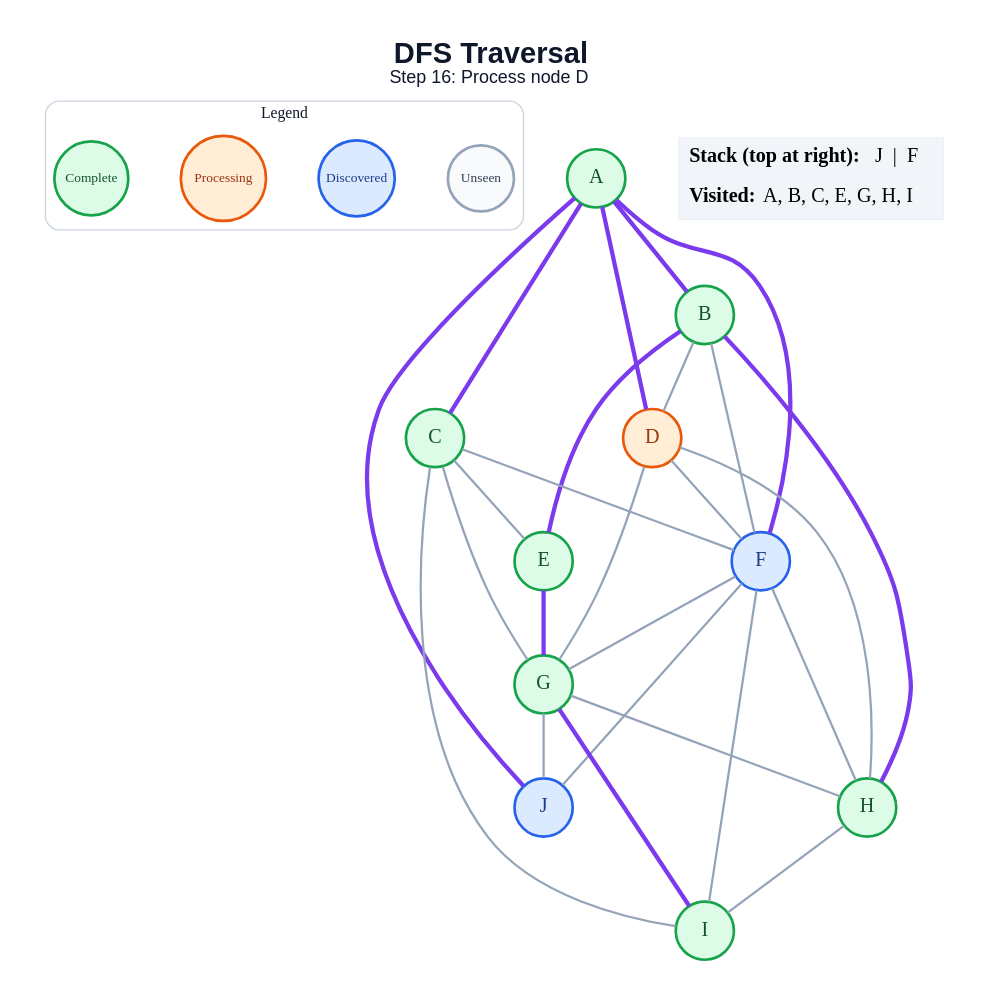
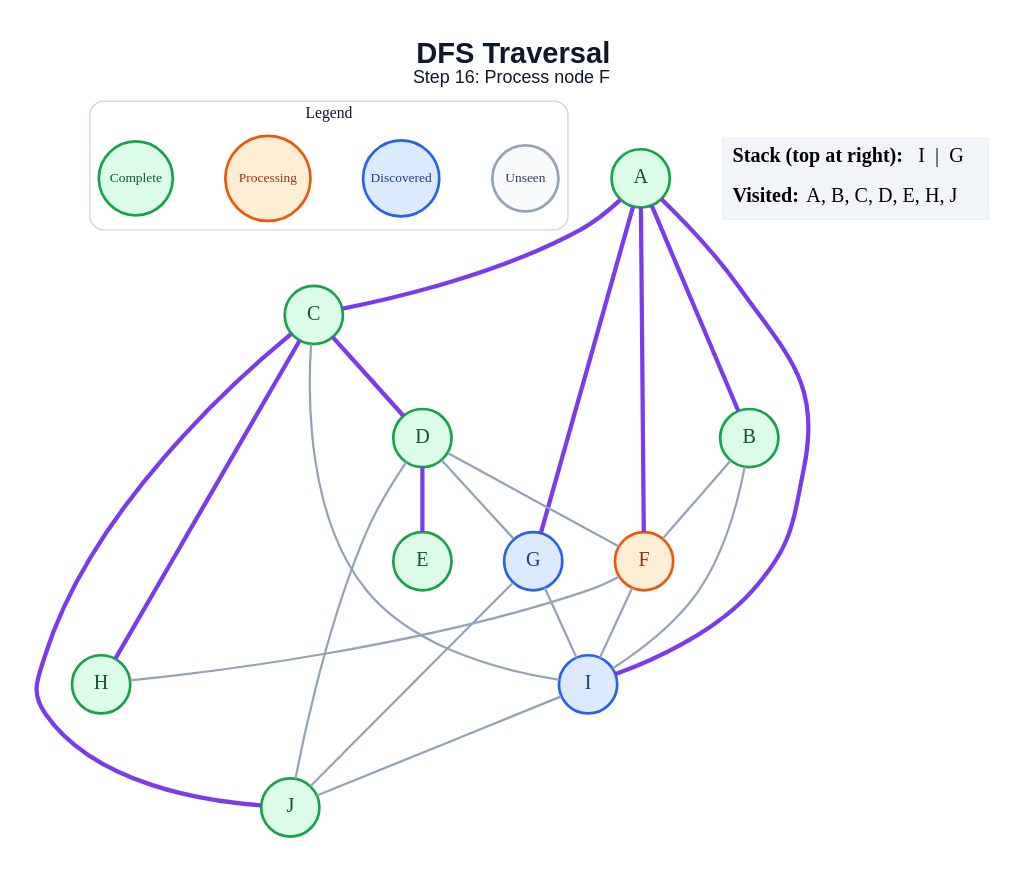
The diagram in generated/dfs/step_16.dot (amanghodawala9/ai-slop), drawn with Graphviz before and after one commit. The commit also changed 178 other files, not shown here.

```diff
--- a/generated/dfs/step_16.dot
+++ b/generated/dfs/step_16.dot
@@ -1,54 +1,49 @@
 graph traversal {
   graph [layout=dot, rankdir=TB, bgcolor="#FFFFFF", pad="0.35", nodesep="0.65", ranksep="0.8", fontname="Arial"];
   node [shape=circle, style="filled", fontname="Arial Bold", fontsize=18, width=0.72, fixedsize=true, penwidth=2.4];
   edge [color="#94A3B8", penwidth=2.0];
-  label=<<B>DFS Traversal</B><BR/><FONT POINT-SIZE="16">Step 16: Process node D</FONT>>; labelloc="t"; fontsize=26; fontname="Arial"; fontcolor="#0F172A";
+  label=<<B>DFS Traversal</B><BR/><FONT POINT-SIZE="16">Step 16: Process node F</FONT>>; labelloc="t"; fontsize=26; fontname="Arial"; fontcolor="#0F172A";
   subgraph cluster_legend { label="Legend"; color="#CBD5E1"; penwidth=1.2; style="rounded"; fontsize=14; fontname="Arial Bold";
     key_unseen [label="Unseen", fillcolor="#F8FAFC", color="#94A3B8", fontcolor="#334155", fontsize=12, width=0.82];
     key_frontier [label="Discovered", fillcolor="#DBEAFE", color="#2563EB", fontcolor="#1E3A8A", fontsize=12, width=0.95];
     key_current [label="Processing", fillcolor="#FFEDD5", color="#EA580C", fontcolor="#9A3412", fontsize=12, width=1.05];
     key_done [label="Complete", fillcolor="#DCFCE7", color="#16A34A", fontcolor="#14532D", fontsize=12, width=0.92];
     { rank=same; key_unseen; key_frontier; key_current; key_done; }
   }
   A [fillcolor="#DCFCE7", color="#16A34A", fontcolor="#14532D"];
   B [fillcolor="#DCFCE7", color="#16A34A", fontcolor="#14532D"];
   C [fillcolor="#DCFCE7", color="#16A34A", fontcolor="#14532D"];
-  D [fillcolor="#FFEDD5", color="#EA580C", fontcolor="#9A3412"];
+  D [fillcolor="#DCFCE7", color="#16A34A", fontcolor="#14532D"];
   E [fillcolor="#DCFCE7", color="#16A34A", fontcolor="#14532D"];
-  F [fillcolor="#DBEAFE", color="#2563EB", fontcolor="#1E3A8A"];
-  G [fillcolor="#DCFCE7", color="#16A34A", fontcolor="#14532D"];
+  F [fillcolor="#FFEDD5", color="#EA580C", fontcolor="#9A3412"];
+  G [fillcolor="#DBEAFE", color="#2563EB", fontcolor="#1E3A8A"];
   H [fillcolor="#DCFCE7", color="#16A34A", fontcolor="#14532D"];
-  I [fillcolor="#DCFCE7", color="#16A34A", fontcolor="#14532D"];
-  J [fillcolor="#DBEAFE", color="#2563EB", fontcolor="#1E3A8A"];
+  I [fillcolor="#DBEAFE", color="#2563EB", fontcolor="#1E3A8A"];
+  J [fillcolor="#DCFCE7", color="#16A34A", fontcolor="#14532D"];
   A -- B [color="#7C3AED", penwidth=3.8];
   A -- C [color="#7C3AED", penwidth=3.8];
-  A -- D [color="#7C3AED", penwidth=3.8];
   A -- F [color="#7C3AED", penwidth=3.8];
-  A -- J [color="#7C3AED", penwidth=3.8];
-  B -- D;
-  B -- E [color="#7C3AED", penwidth=3.8];
+  A -- G [color="#7C3AED", penwidth=3.8];
+  A -- I [color="#7C3AED", penwidth=3.8];
   B -- F;
-  B -- H [color="#7C3AED", penwidth=3.8];
-  C -- E;
-  C -- F;
-  C -- G;
+  B -- I;
+  C -- D [color="#7C3AED", penwidth=3.8];
+  C -- H [color="#7C3AED", penwidth=3.8];
   C -- I;
+  C -- J [color="#7C3AED", penwidth=3.8];
+  D -- E [color="#7C3AED", penwidth=3.8];
   D -- F;
   D -- G;
-  D -- H;
-  E -- G [color="#7C3AED", penwidth=3.8];
-  F -- G;
+  D -- J;
   F -- H;
   F -- I;
-  F -- J;
-  G -- H;
-  G -- I [color="#7C3AED", penwidth=3.8];
+  G -- I;
   G -- J;
-  H -- I;
+  I -- J;
   status [shape=plain, fixedsize=false, width=0, height=0, margin=0, label=<
     <TABLE BORDER="0" CELLBORDER="0" CELLPADDING="7" BGCOLOR="#F1F5F9">
-      <TR><TD ALIGN="LEFT"><B>Stack (top at right):</B> J  |  F</TD></TR>
-      <TR><TD ALIGN="LEFT"><B>Visited:</B> A, B, C, E, G, H, I</TD></TR>
+      <TR><TD ALIGN="LEFT"><B>Stack (top at right):</B> I  |  G</TD></TR>
+      <TR><TD ALIGN="LEFT"><B>Visited:</B> A, B, C, D, E, H, J</TD></TR>
     </TABLE>
   >];
 }
```
